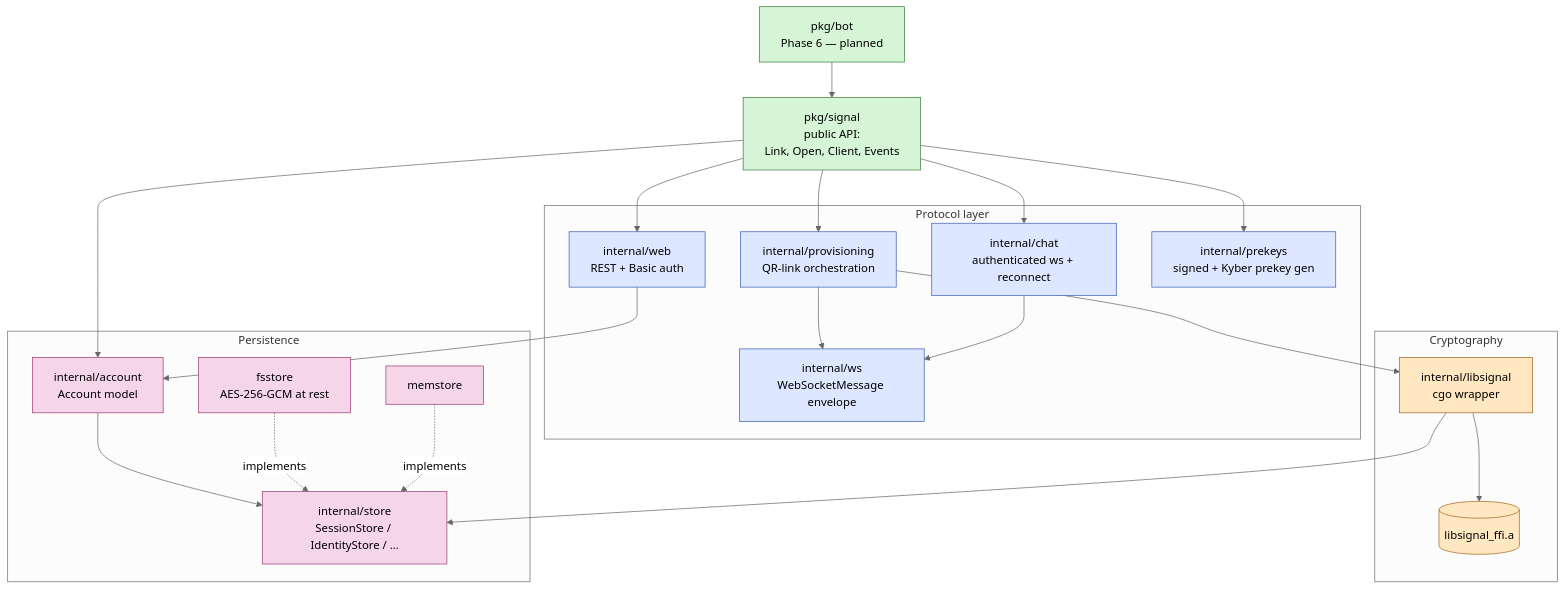
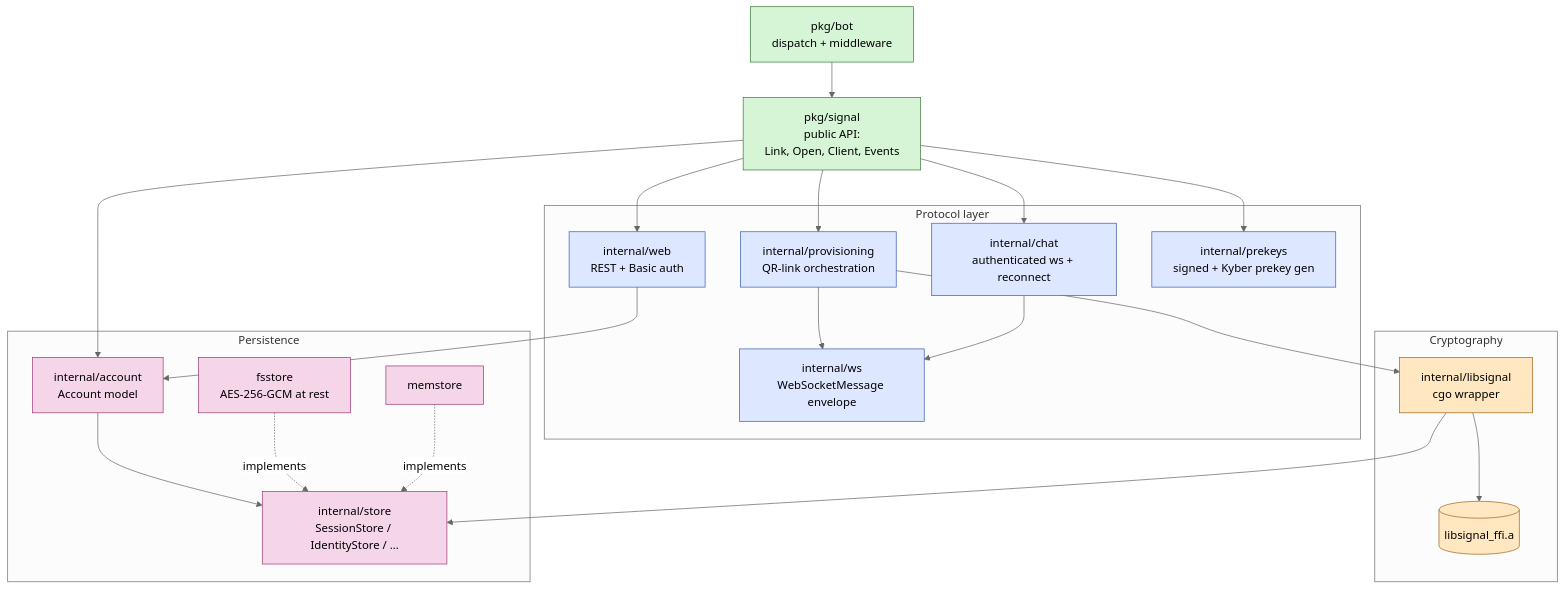
One commit to thehappydinoa/signal-go changed the diagram in docs/diagrams/architecture.md. Above: the diagram before and after it, drawn with Mermaid (neutral theme). The commit also changed 20 other files, not shown here.

````diff
--- a/docs/diagrams/architecture.md
+++ b/docs/diagrams/architecture.md
@@ -8,50 +8,50 @@
 ```mermaid
 flowchart TB
-    bot[pkg/bot<br/>Phase 6 — planned]
+    bot[pkg/bot<br/>dispatch + middleware]
     sig[pkg/signal<br/>public API:<br/>Link, Open, Client, Events]
 
     subgraph protocol [Protocol layer]
         prov[internal/provisioning<br/>QR-link orchestration]
         chat[internal/chat<br/>authenticated ws + reconnect]
         web[internal/web<br/>REST + Basic auth]
         ws[internal/ws<br/>WebSocketMessage envelope]
         prekeys[internal/prekeys<br/>signed + Kyber prekey gen]
     end
 
     subgraph crypto [Cryptography]
         ls[internal/libsignal<br/>cgo wrapper]
         ffi[(libsignal_ffi.a)]
     end
 
     subgraph storage [Persistence]
         account[internal/account<br/>Account model]
         store[internal/store<br/>SessionStore / IdentityStore / …]
         fs[fsstore<br/>AES-256-GCM at rest]
         mem[memstore]
     end
 
     bot --> sig
     sig --> prov
     sig --> chat
     sig --> web
     sig --> account
     sig --> prekeys
     prov --> ws
     prov --> ls
     chat --> ws
     web --> account
     ls --> ffi
     ls --> store
     account --> store
     fs -. implements .-> store
     mem -. implements .-> store
 
     classDef pub fill:#d6f5d6,stroke:#3a7d3a,color:#000;
     classDef proto fill:#dde7ff,stroke:#3a5fb8,color:#000;
     classDef cry fill:#ffe7c2,stroke:#a3661a,color:#000;
     classDef per fill:#f5d6e8,stroke:#a13a78,color:#000;
     class bot,sig pub;
     class prov,chat,web,ws,prekeys proto;
     class ls,ffi cry;
     class store,fs,mem,account per;
 ```
````
